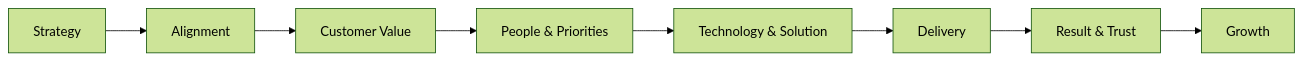
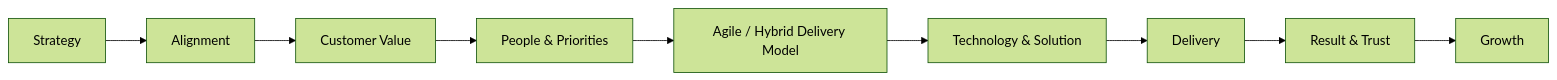
The diagram in README.md (psilva-git/enterprise-ai-delivery), drawn with Mermaid (forest theme) before and after one commit. The commit also changed other lines of this file, not shown here.

Commit message:
Emphasize agile and hybrid delivery leadership and remove PMP

````diff
--- a/README.md
+++ b/README.md
@@ -196,10 +195,11 @@
 ```mermaid
 flowchart LR
     S[Strategy] --> A[Alignment]
     A --> C[Customer Value]
     C --> P[People & Priorities]
-    P --> T[Technology & Solution]
+    P --> H[Agile / Hybrid Delivery Model]
+    H --> T[Technology & Solution]
     T --> D[Delivery]
     D --> R[Result & Trust]
     R --> G[Growth]
 ```
````
